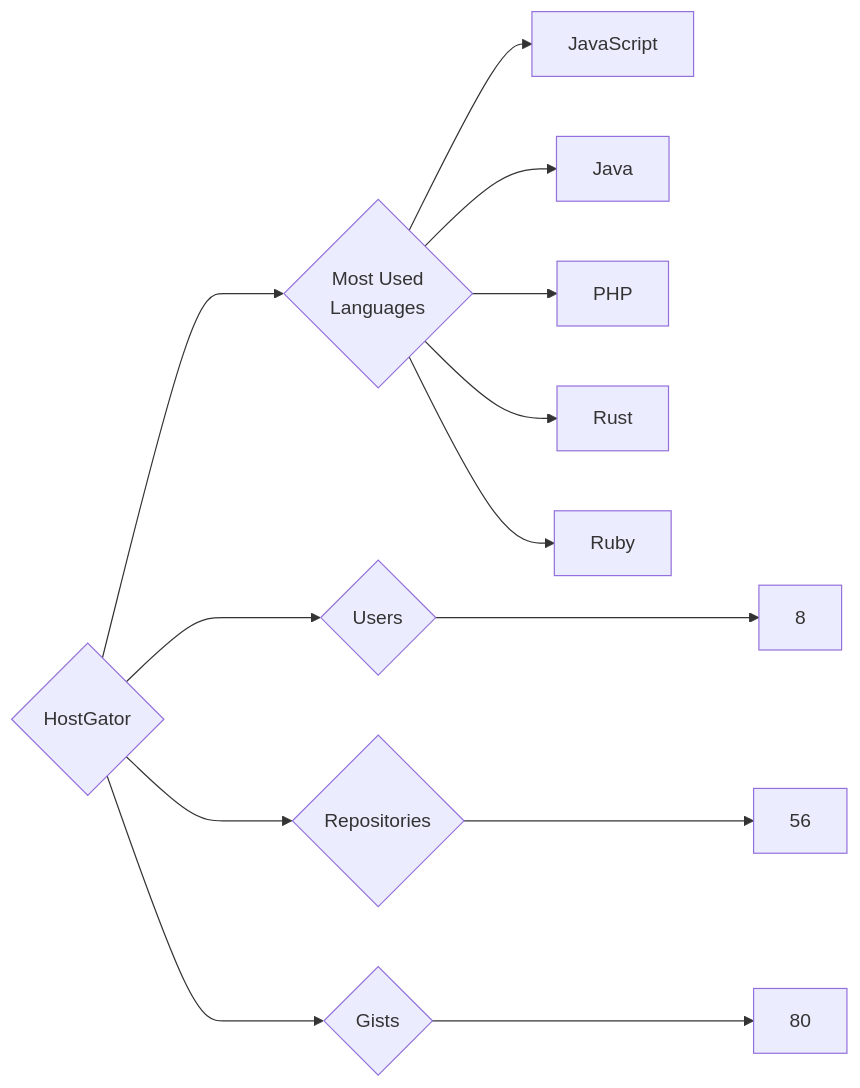
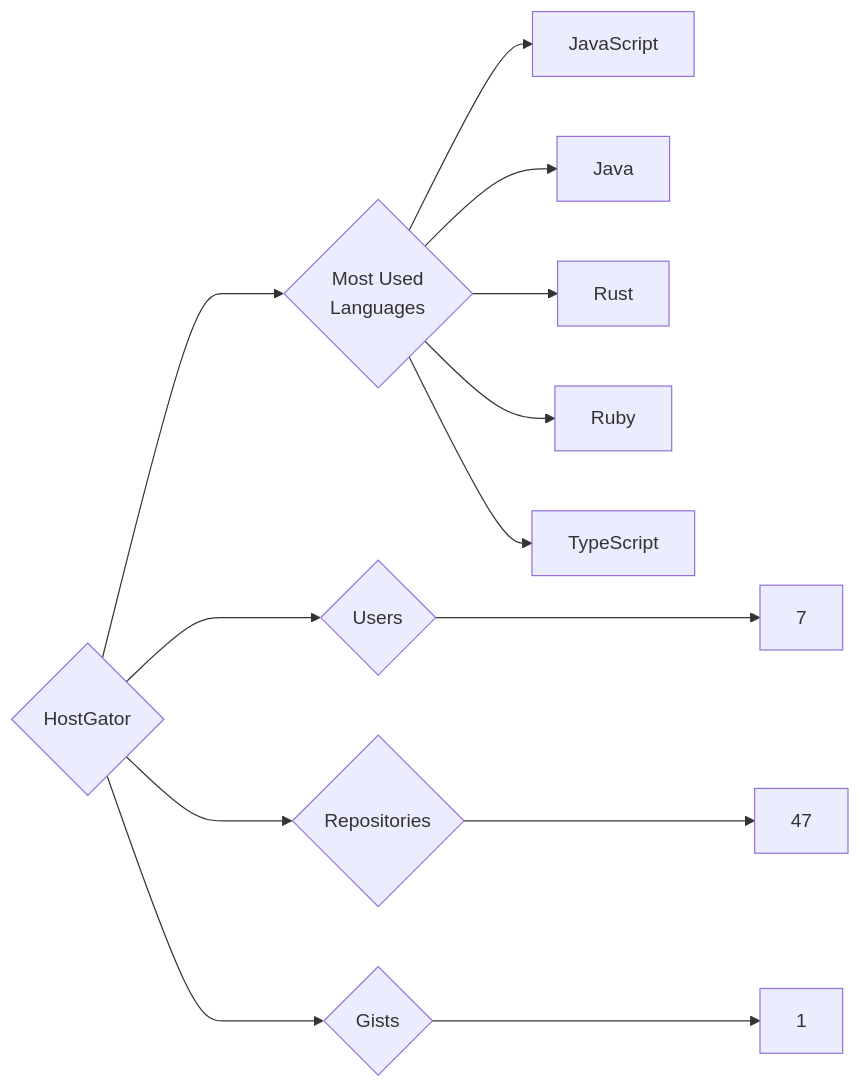
Before and after one commit to trickest/insiders: the diagram in targets/HostGator/README.md, drawn with Mermaid. The commit also changed 1123 other files, not shown here.

````diff
--- a/targets/HostGator/README.md
+++ b/targets/HostGator/README.md
@@ -3,13 +3,13 @@
 ```mermaid
 graph LR
 COMPANY_NAME{HostGator}
-COMPANY_NAME ---> U{Users} ---> UN[8]
-COMPANY_NAME ---> R{Repositories} ---> RN[56]
-COMPANY_NAME ---> G{Gists} ---> GN[80]
+COMPANY_NAME ---> U{Users} ---> UN[7]
+COMPANY_NAME ---> R{Repositories} ---> RN[47]
+COMPANY_NAME ---> G{Gists} ---> GN[1]
 COMPANY_NAME ---> ML{Most Used<br>Languages}
 ML --> JavaScript[JavaScript]
 ML --> Java[Java]
-ML --> PHP[PHP]
 ML --> Rust[Rust]
 ML --> Ruby[Ruby]
+ML --> TypeScript[TypeScript]
 ```
````
